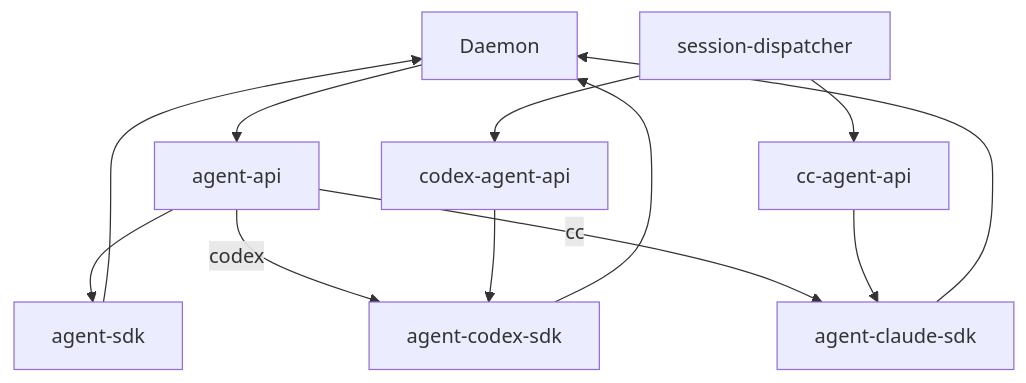
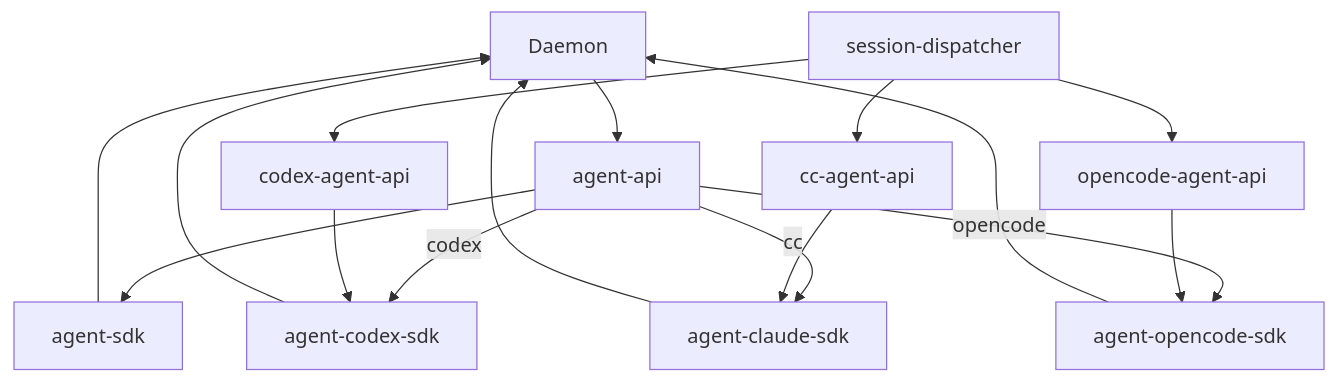
One commit to suveng/cursor-claw changed the first of 2 diagrams in knowledge/业务域/Agent调度/01-概览.md. Above: the diagram before and after it, drawn with Mermaid. The commit also changed other lines of this file and 42 other files, not shown here.

````diff
--- a/knowledge/业务域/Agent调度/01-概览.md
+++ b/knowledge/业务域/Agent调度/01-概览.md
@@ -9,14 +9,18 @@
 ```mermaid
 flowchart TB
   D[Daemon] --> API[agent-api]
   API --> SDK[agent-sdk]
   API -->|codex| CODEX[agent-codex-sdk]
   API -->|cc| CC[agent-claude-sdk]
+  API -->|opencode| OC[agent-opencode-sdk]
   CC_API[cc-agent-api] --> CC
   CODEX_API[codex-agent-api] --> CODEX
+  OC_API[opencode-agent-api] --> OC
   SD[session-dispatcher] --> CC_API
   SD --> CODEX_API
+  SD --> OC_API
   SDK --> D
   CC --> D
   CODEX --> D
+  OC --> D
 ```
````
